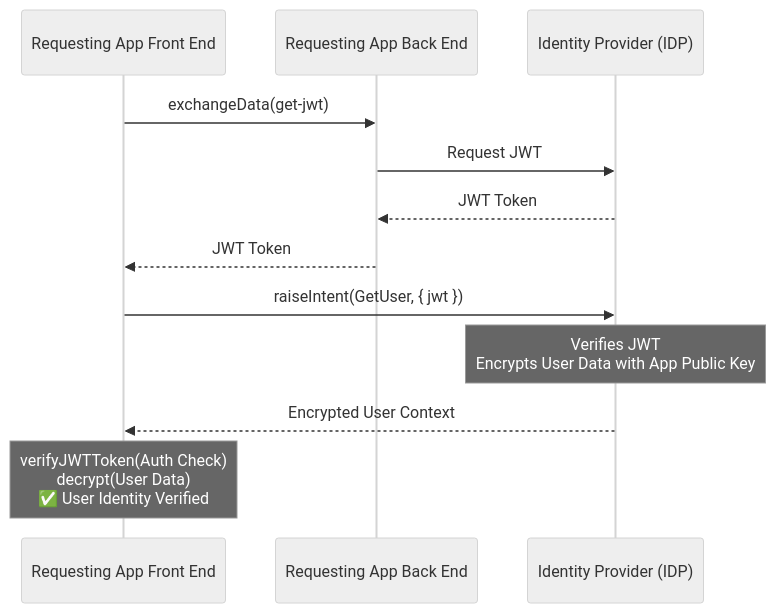
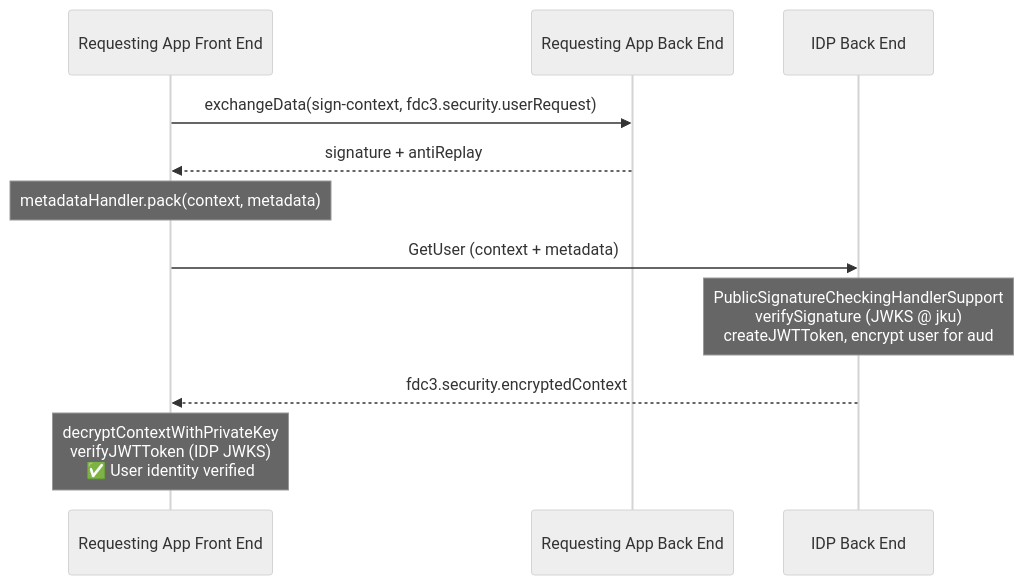
One commit to finos/FDC3 changed the fifth of 5 diagrams in packages/fdc3-security/samples/README.md. Above: the diagram before and after it, drawn with Mermaid (neutral theme). The commit also changed other lines of this file and 13 other files, not shown here.

Commit message:
Tests all pass again, after refactor of metadata handler

````diff
--- a/packages/fdc3-security/samples/README.md
+++ b/packages/fdc3-security/samples/README.md
@@ -153,17 +153,17 @@
 ```mermaid
 sequenceDiagram
     participant FE as Requesting App Front End
-    participant BE as Requesting App Back End
-    participant IDP as Identity Provider (IDP)
+    participant RBE as Requesting App Back End
+    participant IDP as IDP Back End
 
-    FE->>BE: exchangeData(get-jwt)
-    BE->>IDP: Request JWT
-    IDP-->>BE: JWT Token
-    BE-->>FE: JWT Token
-    
-    FE->>IDP: raiseIntent(GetUser, { jwt })
-    Note over IDP: Verifies JWT<br/>Encrypts User Data with App Public Key
-    IDP-->>FE: Encrypted User Context
-    
-    Note over FE: verifyJWTToken(Auth Check)<br/>decrypt(User Data)<br/>✅ User Identity Verified
+    FE->>RBE: exchangeData(sign-context, fdc3.security.userRequest)
+    RBE-->>FE: signature + antiReplay
+    Note over FE: metadataHandler.pack(context, metadata)
+
+    FE->>IDP: GetUser (context + metadata)
+    Note over IDP: PublicSignatureCheckingHandlerSupport<br/>verifySignature (JWKS @ jku)<br/>createJWTToken, encrypt user for aud
+
+    IDP-->>FE: fdc3.security.encryptedContext
+
+    Note over FE: decryptContextWithPrivateKey<br/>verifyJWTToken (IDP JWKS)<br/>✅ User identity verified
 ```
````
